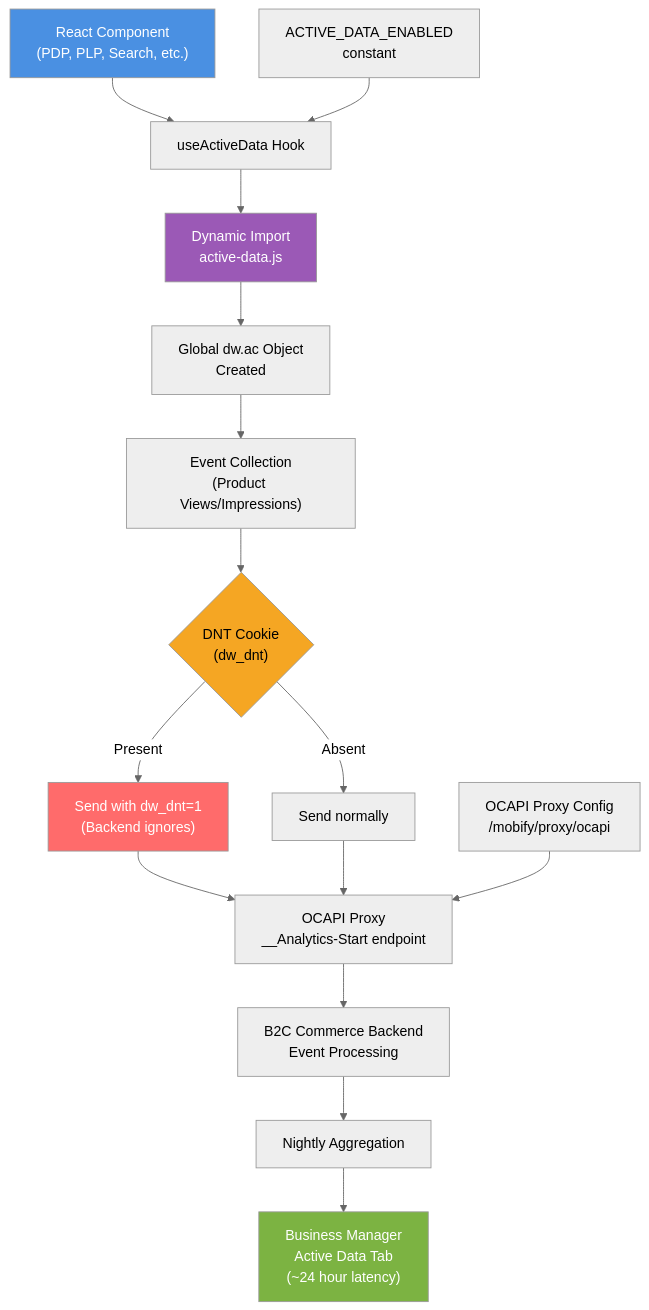
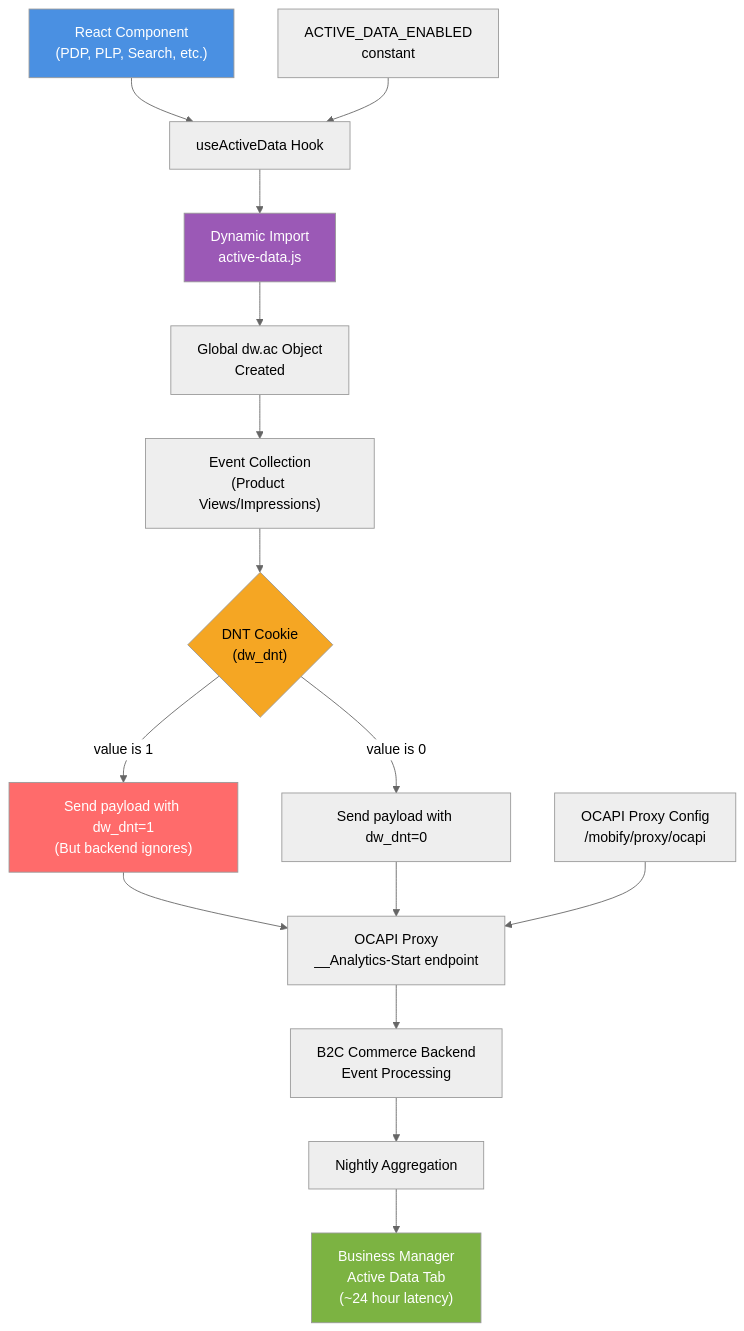
The second of 3 diagrams in support-docs/analytics.md (SalesforceCommerceCloud/pwa-kit), drawn with Mermaid (neutral theme) before and after one commit. The commit also changed other lines of this file, not shown here.

````diff
--- a/support-docs/analytics.md
+++ b/support-docs/analytics.md
@@ -222,24 +224,24 @@
 ```mermaid
 graph TD
     A["React Component<br/>(PDP, PLP, Search, etc.)"] --> B["useActiveData Hook"]
     B --> C["Dynamic Import<br/>active-data.js"]
     C --> D["Global dw.ac Object<br/>Created"]
     D --> E["Event Collection<br/>(Product Views/Impressions)"]
     E --> F{"DNT Cookie<br/>(dw_dnt)"}
-    F -->|Present| G["Send with dw_dnt=1<br/>(Backend ignores)"]
-    F -->|Absent| H["Send normally"]
+    F -->|value is 1| G["Send payload with dw_dnt=1<br/>(But backend ignores)"]
+    F -->|value is 0| H["Send payload with dw_dnt=0"]
     G --> I["OCAPI Proxy<br/>__Analytics-Start endpoint"]
     H --> I
     I --> J["B2C Commerce Backend<br/>Event Processing"]
     J --> K["Nightly Aggregation"]
     K --> L["Business Manager<br/>Active Data Tab<br/>(~24 hour latency)"]
     
     M["OCAPI Proxy Config<br/>/mobify/proxy/ocapi"] --> I
     N["ACTIVE_DATA_ENABLED<br/>constant"] --> B
     
     style A fill:#4a90e2,color:#ffffff
     style L fill:#7cb342,color:#ffffff
     style F fill:#f5a623,color:#000000
     style G fill:#ff6b6b,color:#ffffff
     style C fill:#9b59b6,color:#ffffff
 ```
````
